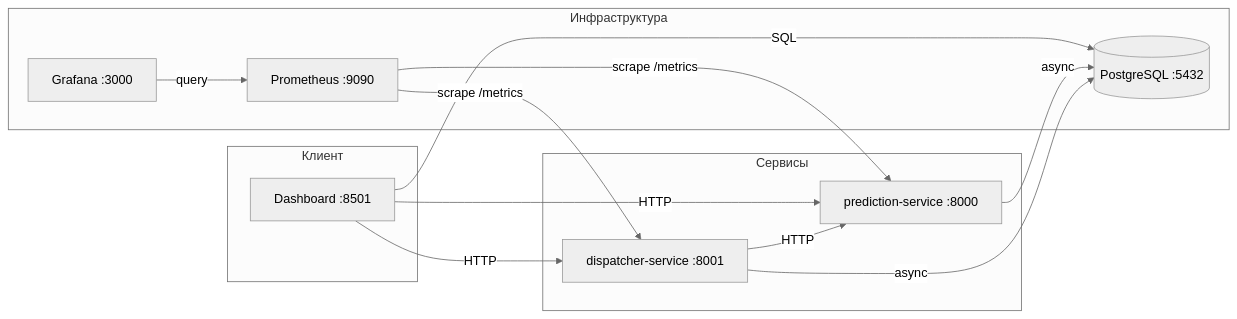
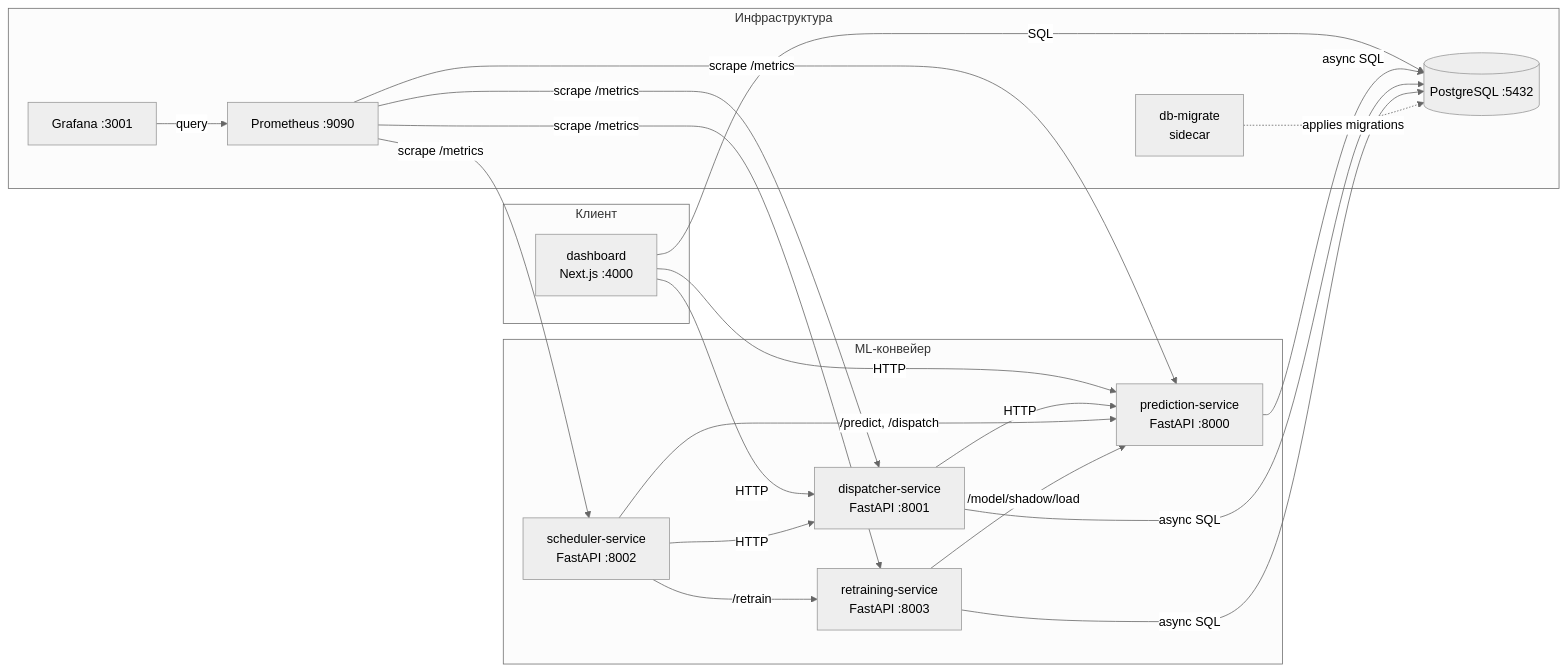
Before and after one commit to kxddry/WildHack: the diagram in README.md, drawn with Mermaid (neutral theme). The commit also changed other lines of this file and 4 other files, not shown here.

First line of the commit message:
docs: refresh README and docs/ for four-service MLOps architecture

````diff
--- a/README.md
+++ b/README.md
@@ -11,27 +11,38 @@
 ```mermaid
 graph LR
     subgraph Клиент
-        D[Dashboard :8501]
+        D[dashboard<br/>Next.js :4000]
     end
 
-    subgraph Сервисы
-        PS[prediction-service :8000]
-        DS[dispatcher-service :8001]
+    subgraph "ML-конвейер"
+        PS[prediction-service<br/>FastAPI :8000]
+        DS[dispatcher-service<br/>FastAPI :8001]
+        SS[scheduler-service<br/>FastAPI :8002]
+        RS[retraining-service<br/>FastAPI :8003]
     end
 
     subgraph Инфраструктура
         PG[(PostgreSQL :5432)]
+        MIG[db-migrate<br/>sidecar]
         PR[Prometheus :9090]
-        GR[Grafana :3000]
+        GR[Grafana :3001]
     end
 
     D -->|HTTP| PS
     D -->|HTTP| DS
     D -->|SQL| PG
-    PS -->|async| PG
-    DS -->|async| PG
+    PS -->|async SQL| PG
+    DS -->|async SQL| PG
     DS -->|HTTP| PS
+    SS -->|/predict, /dispatch| PS
+    SS -->|HTTP| DS
+    SS -->|/retrain| RS
+    RS -->|/model/shadow/load| PS
+    RS -->|async SQL| PG
+    MIG -.applies migrations.-> PG
     PR -->|scrape /metrics| PS
     PR -->|scrape /metrics| DS
+    PR -->|scrape /metrics| SS
+    PR -->|scrape /metrics| RS
     GR -->|query| PR
 ```
````
